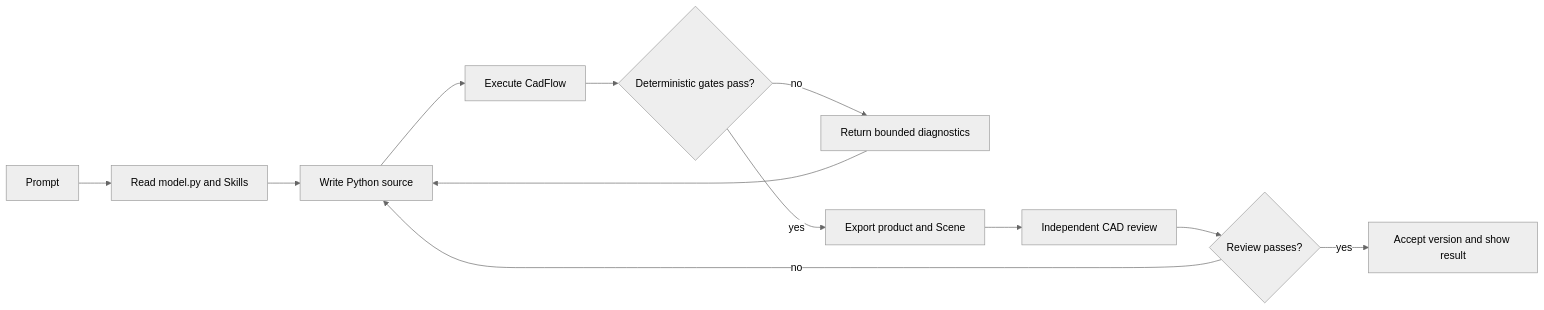
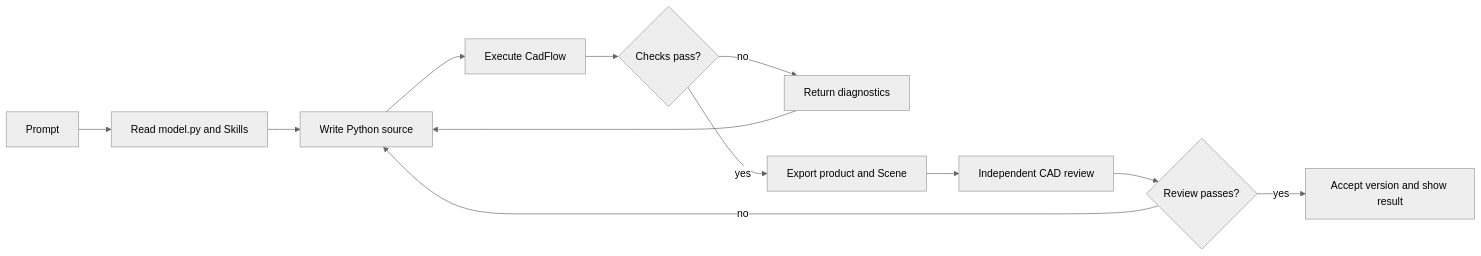
One commit to zion-zion-zion/CadFlow-Harness changed the diagram in docs/en/modeling-run.md. Above: the diagram before and after it, drawn with Mermaid (neutral theme). The commit also changed other lines of this file and 39 other files, not shown here.

````diff
--- a/docs/en/modeling-run.md
+++ b/docs/en/modeling-run.md
@@ -6,14 +7,14 @@
 ```mermaid
 flowchart LR
     A[Prompt] --> B[Read model.py and Skills]
     B --> C[Write Python source]
     C --> D[Execute CadFlow]
-    D --> E{Deterministic gates pass?}
-    E -- no --> F[Return bounded diagnostics]
+    D --> E{Checks pass?}
+    E -- no --> F[Return diagnostics]
     F --> C
     E -- yes --> G[Export product and Scene]
     G --> H[Independent CAD review]
     H --> I{Review passes?}
     I -- no --> C
     I -- yes --> J[Accept version and show result]
 ```
````
